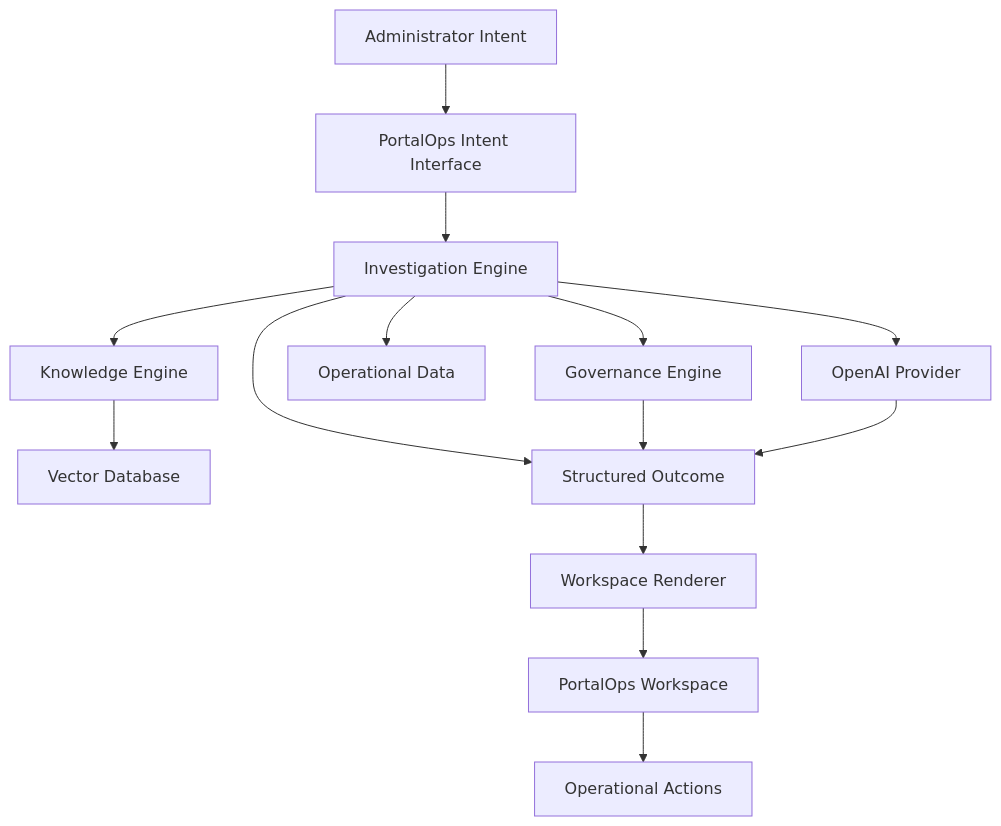
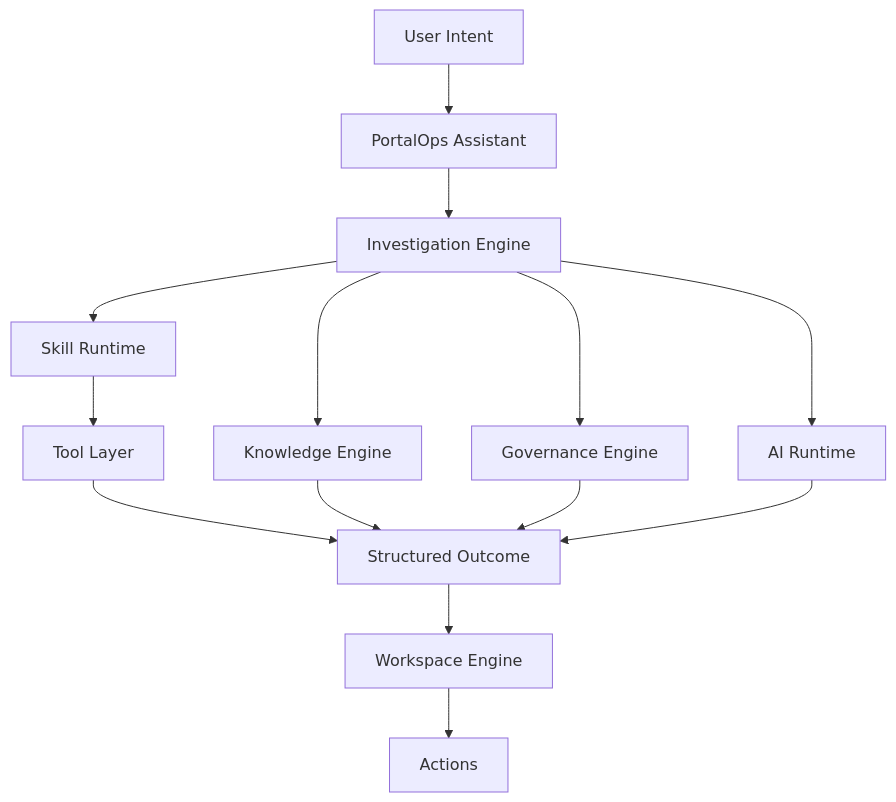
One commit to dcfrancisco/portalops-ai changed the diagram in README.md. Above: the diagram before and after it, drawn with Mermaid. The commit also changed other lines of this file and 6 other files, not shown here.

Commit message:
feat: Update documentation to reflect PortalOps' AI-native operational intelligence direction and modular architecture

````diff
--- a/README.md
+++ b/README.md
@@ -81,29 +96,28 @@
 ```mermaid
 flowchart TD
-    User["Administrator Intent"]
-    Assistant["PortalOps Intent Interface"]
+    Intent["User Intent"]
+    Assistant["PortalOps Assistant"]
     Investigation["Investigation Engine"]
+    Skills["Skill Runtime"]
+    Tools["Tool Layer"]
     Knowledge["Knowledge Engine"]
     Governance["Governance Engine"]
-    Data["Operational Data"]
-    Provider["OpenAI Provider"]
-    Vector["Vector Database"]
+    AI["AI Runtime"]
     Outcome["Structured Outcome"]
-    Renderer["Workspace Renderer"]
-    Workspace["PortalOps Workspace"]
-    Actions["Operational Actions"]
+    Workspace["Workspace Engine"]
+    Actions["Actions"]
 
-    User --> Assistant
+    Intent --> Assistant
     Assistant --> Investigation
+    Investigation --> Skills
+    Skills --> Tools
     Investigation --> Knowledge
     Investigation --> Governance
-    Investigation --> Data
-    Knowledge --> Vector
-    Investigation --> Provider
-    Investigation --> Outcome
+    Investigation --> AI
+    Tools --> Outcome
+    Knowledge --> Outcome
     Governance --> Outcome
-    Provider --> Outcome
-    Outcome --> Renderer
-    Renderer --> Workspace
+    AI --> Outcome
+    Outcome --> Workspace
     Workspace --> Actions
 ```
````
